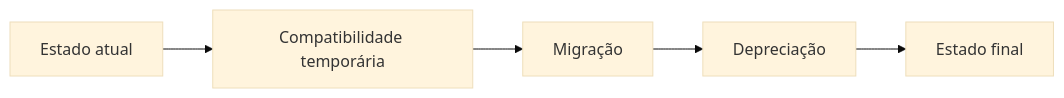
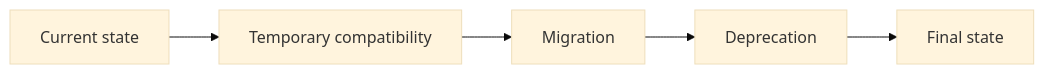
Before and after one commit to rpelizza/PelizzAI: the fifth of 5 diagrams in dist/.claude/skills/pelizzai-reasoning/techniques/constraint-satisfaction.md, drawn with Mermaid (base theme). The commit also changed other lines of this file and 362 other files, not shown here.

````diff
--- a/dist/.claude/skills/pelizzai-reasoning/techniques/constraint-satisfaction.md
+++ b/dist/.claude/skills/pelizzai-reasoning/techniques/constraint-satisfaction.md
@@ -538,7 +538,7 @@
 ```mermaid
 flowchart LR
-    A[Estado atual] --> B[Compatibilidade temporária]
-    B --> C[Migração]
-    C --> D[Depreciação]
-    D --> E[Estado final]
+    A[Current state] --> B[Temporary compatibility]
+    B --> C[Migration]
+    C --> D[Deprecation]
+    D --> E[Final state]
 ```
````
